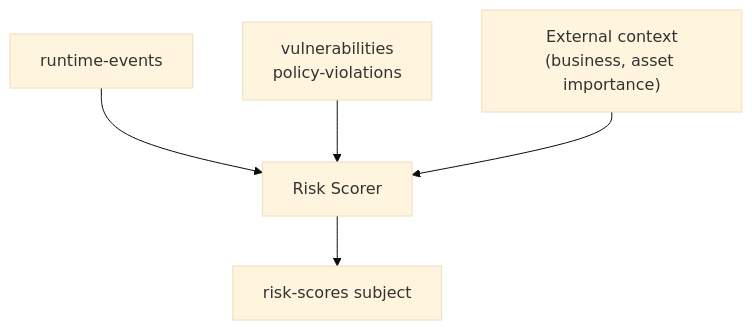
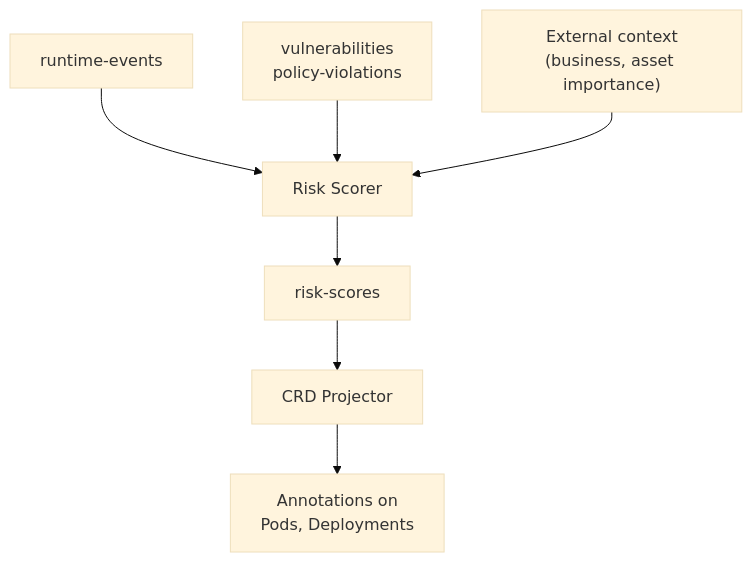
The diagram in docs/architecture/components/consumers.md (kylape/acs-next), drawn with Mermaid (base theme) before and after one commit. The commit also changed other lines of this file, not shown here.

First line of the commit message:
Add CRD Projector to Risk Scorer flow

````diff
--- a/docs/architecture/components/consumers.md
+++ b/docs/architecture/components/consumers.md
@@ -73,7 +75,9 @@
 ```mermaid
 graph TB
     RT["runtime-events"] --> Risk["Risk Scorer"]
     Vulns["vulnerabilities<br/>policy-violations"] --> Risk
     Ext["External context<br/>(business, asset importance)"] --> Risk
-    Risk --> Scores["risk-scores subject"]
+    Risk --> Scores["risk-scores"]
+    Scores --> Projector["CRD Projector"]
+    Projector --> Annotations["Annotations on<br/>Pods, Deployments"]
 ```
````
